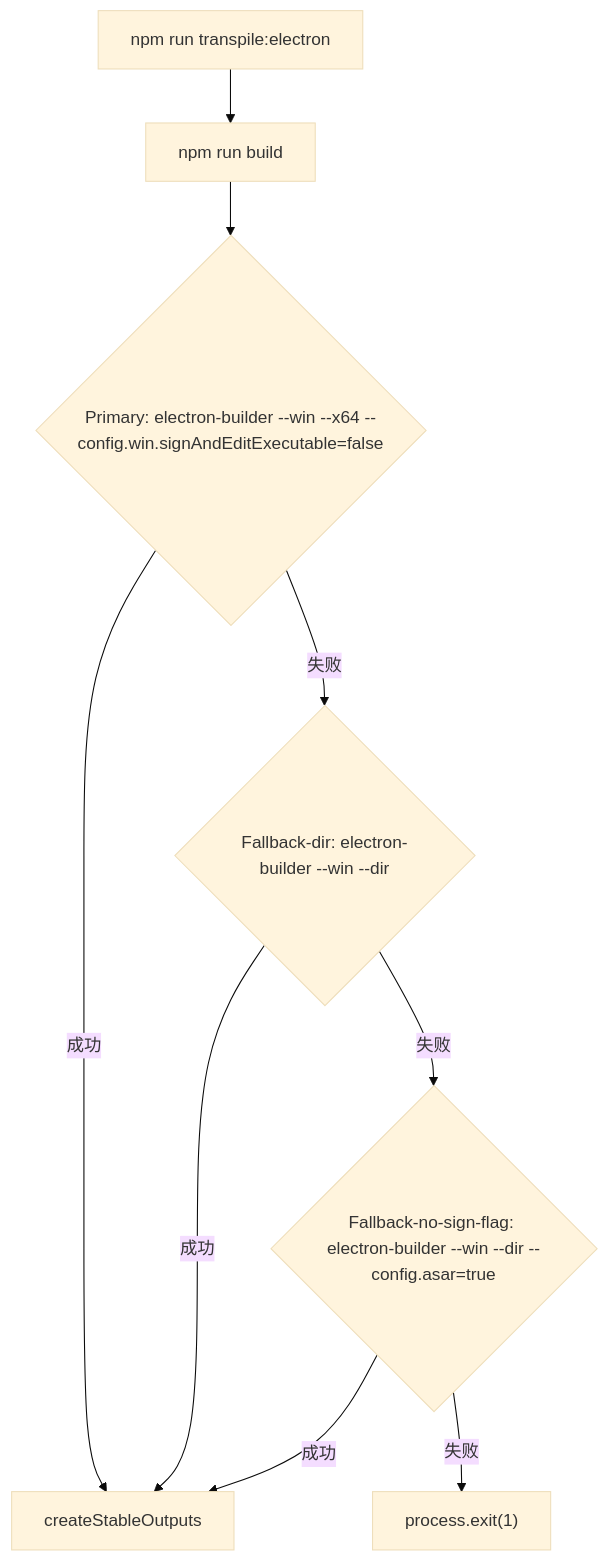
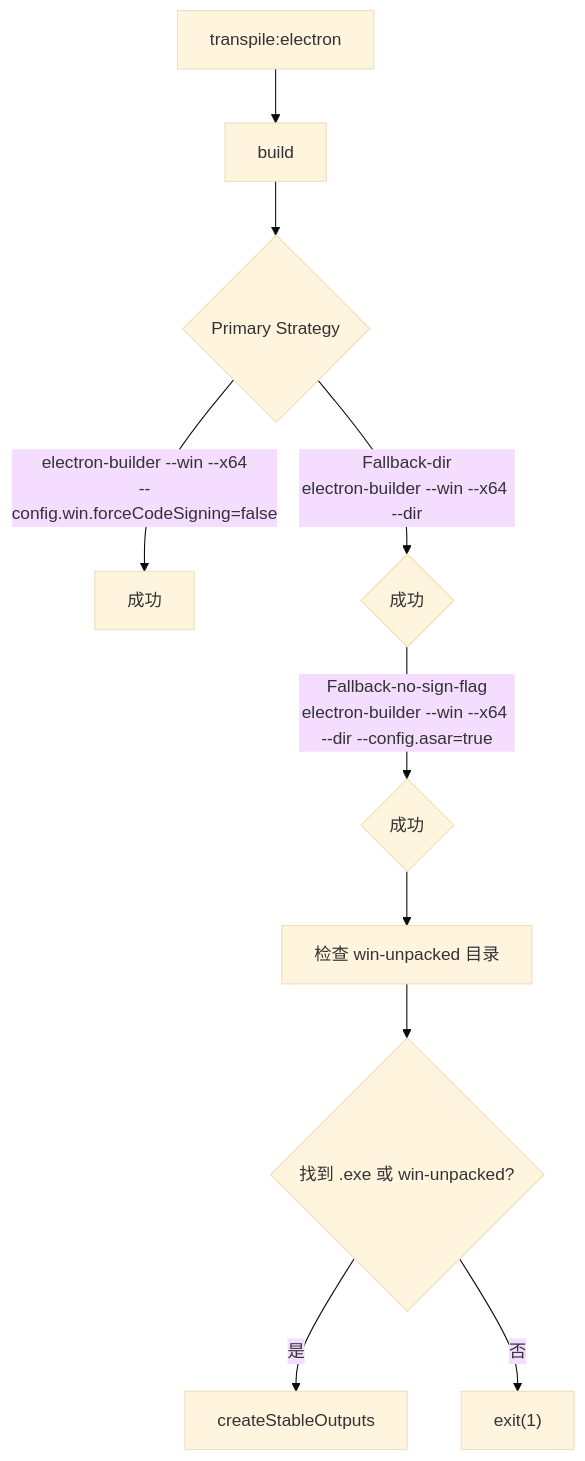
The second of 2 diagrams in .tech/repowiki/zh/content/核心模块规格/工程脚本总览.md (lst016/tech-cc-hub), drawn with Mermaid (base theme) before and after one commit. The commit also changed other lines of this file and 195 other files, not shown here.

````diff
--- a/.tech/repowiki/zh/content/核心模块规格/工程脚本总览.md
+++ b/.tech/repowiki/zh/content/核心模块规格/工程脚本总览.md
@@ -108,11 +131,12 @@
 ```mermaid
 flowchart TD
-    A["npm run transpile:electron"] --> B["npm run build"]
-    B --> C{Primary: electron-builder --win --x64 --config.win.signAndEditExecutable=false}
-    C --"成功"--> D["createStableOutputs"]
-    C --"失败"--> E{Fallback-dir: electron-builder --win --dir}
-    E --"成功"--> D
-    E --"失败"--> F{Fallback-no-sign-flag: electron-builder --win --dir --config.asar=true}
-    F --"成功"--> D
-    F --"失败"--> G["process.exit(1)"]
+    A["transpile:electron"] --> B["build"]
+    B --> C{Primary Strategy}
+    C -->|"electron-builder --win --x64<br/>--config.win.forceCodeSigning=false"| D["成功"]
+    C -->|"Fallback-dir<br/>electron-builder --win --x64 --dir"| E{成功}
+    E -->|"Fallback-no-sign-flag<br/>electron-builder --win --x64 --dir --config.asar=true"| F{成功}
+    F --> G["检查 win-unpacked 目录"]
+    G --> H{找到 .exe 或 win-unpacked?}
+    H -->|"是"| I["createStableOutputs"]
+    H -->|"否"| J["exit(1)"]
 ```
````
